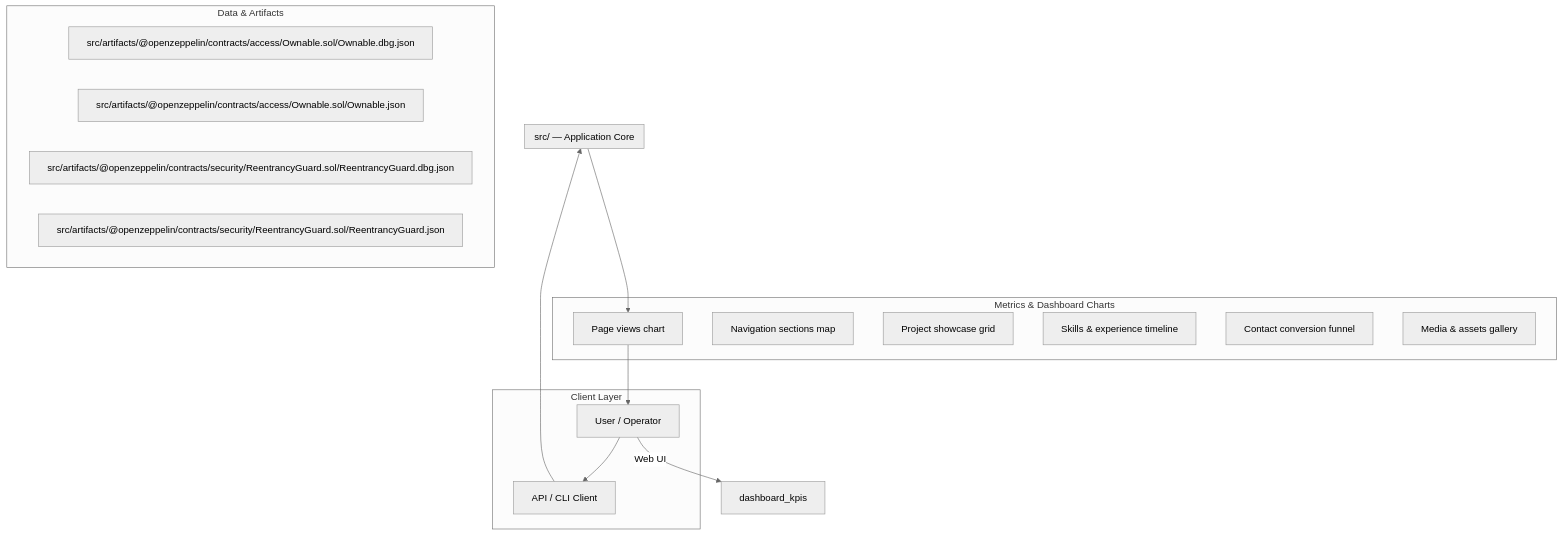
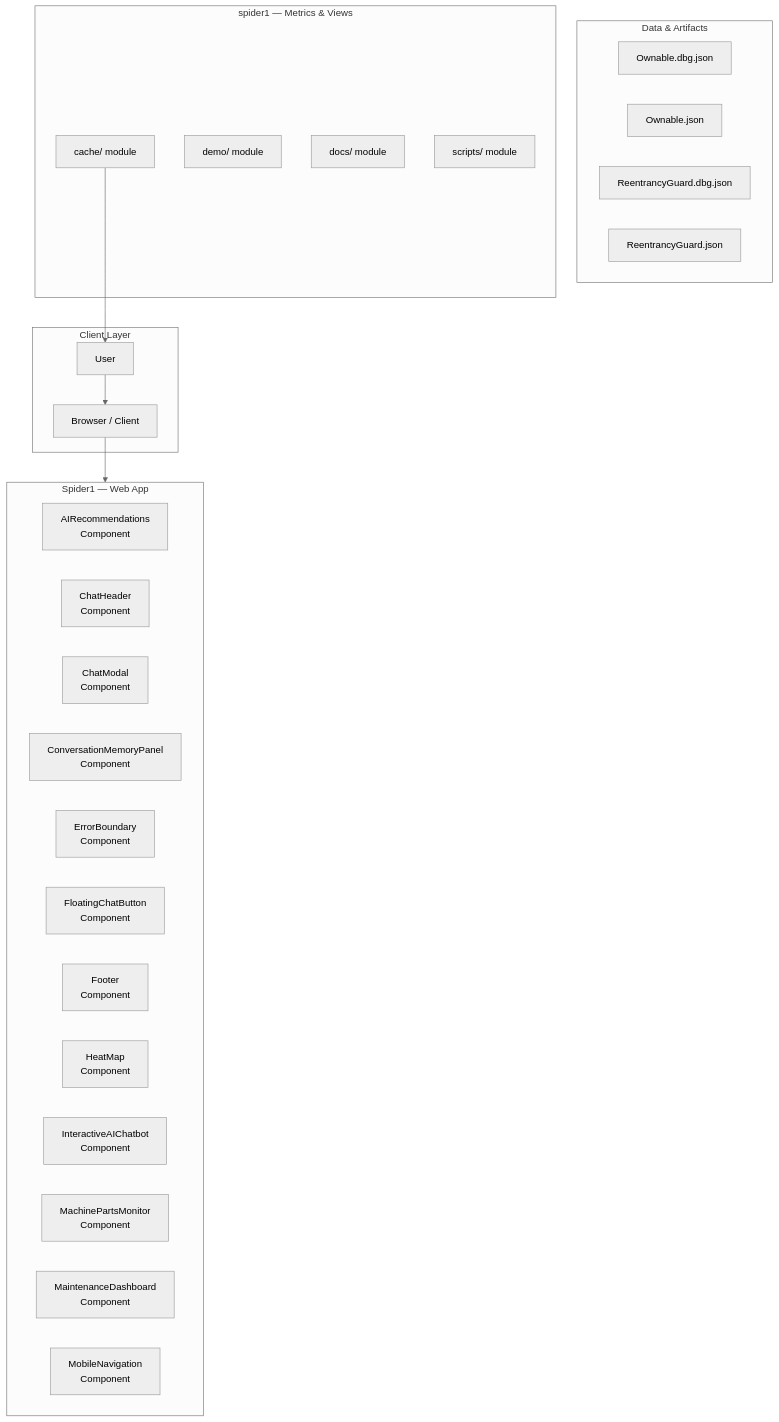
One commit to Punyamittal/spider1 changed the first of 4 diagrams in README.md. Above: the diagram before and after it, drawn with Mermaid (neutral theme). The commit also changed other lines of this file, not shown here.

````diff
--- a/README.md
+++ b/README.md
@@ -132,32 +190,40 @@
 ```mermaid
 graph TB
     subgraph Client["Client Layer"]
-        user["User / Operator"]
-        api_client["API / CLI Client"]
+        user["User"]
+        browser["Browser / Client"]
     end
 
-    subgraph Core["src/ — Application Core"]
+    subgraph Core["Spider1 — Web App"]
+        AIRecommendations["AIRecommendations<br/>Component"]
+        ChatHeader["ChatHeader<br/>Component"]
+        ChatModal["ChatModal<br/>Component"]
+        ConversationMemoryPanel["ConversationMemoryPanel<br/>Component"]
+        ErrorBoundary["ErrorBoundary<br/>Component"]
+        FloatingChatButton["FloatingChatButton<br/>Component"]
+        Footer["Footer<br/>Component"]
+        HeatMap["HeatMap<br/>Component"]
+        InteractiveAIChatbot["InteractiveAIChatbot<br/>Component"]
+        MachinePartsMonitor["MachinePartsMonitor<br/>Component"]
+        MaintenanceDashboard["MaintenanceDashboard<br/>Component"]
+        MobileNavigation["MobileNavigation<br/>Component"]
     end
 
     subgraph Data["Data & Artifacts"]
-        d0["src/artifacts/@openzeppelin/contracts/access/Ownable.sol/Ownable.dbg.json"]
-        d1["src/artifacts/@openzeppelin/contracts/access/Ownable.sol/Ownable.json"]
-        d2["src/artifacts/@openzeppelin/contracts/security/ReentrancyGuard.sol/ReentrancyGuard.dbg.json"]
-        d3["src/artifacts/@openzeppelin/contracts/security/ReentrancyGuard.sol/ReentrancyGuard.json"]
+        d0["Ownable.dbg.json"]
+        d1["Ownable.json"]
+        d2["ReentrancyGuard.dbg.json"]
+        d3["ReentrancyGuard.json"]
     end
 
-    subgraph Charts["Metrics & Dashboard Charts"]
-        page_views["Page views chart"]
-        nav_sections["Navigation sections map"]
-        project_showcase["Project showcase grid"]
-        skills_timeline["Skills & experience timeline"]
-        contact_funnel["Contact conversion funnel"]
-        media_gallery["Media & assets gallery"]
+    subgraph Charts["spider1 — Metrics & Views"]
+        cache["cache/ module"]
+        demo["demo/ module"]
+        docs["docs/ module"]
+        scripts["scripts/ module"]
     end
 
-    user --> api_client
-    api_client --> Core
-    user -->|Web UI| dashboard_kpis
-    Core --> page_views
-    page_views --> user
+    user --> browser
+    browser --> Core
+    cache --> user
 ```
````
